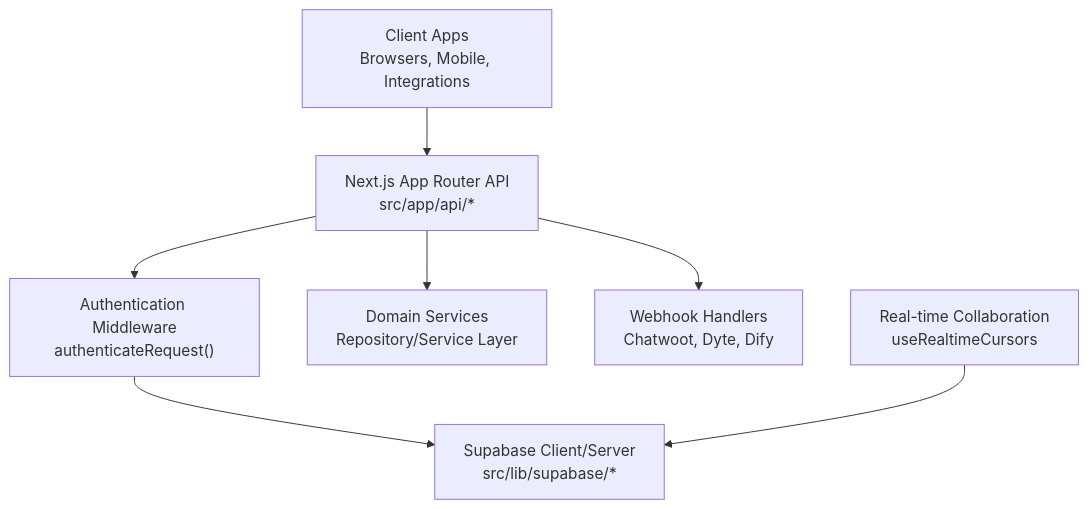
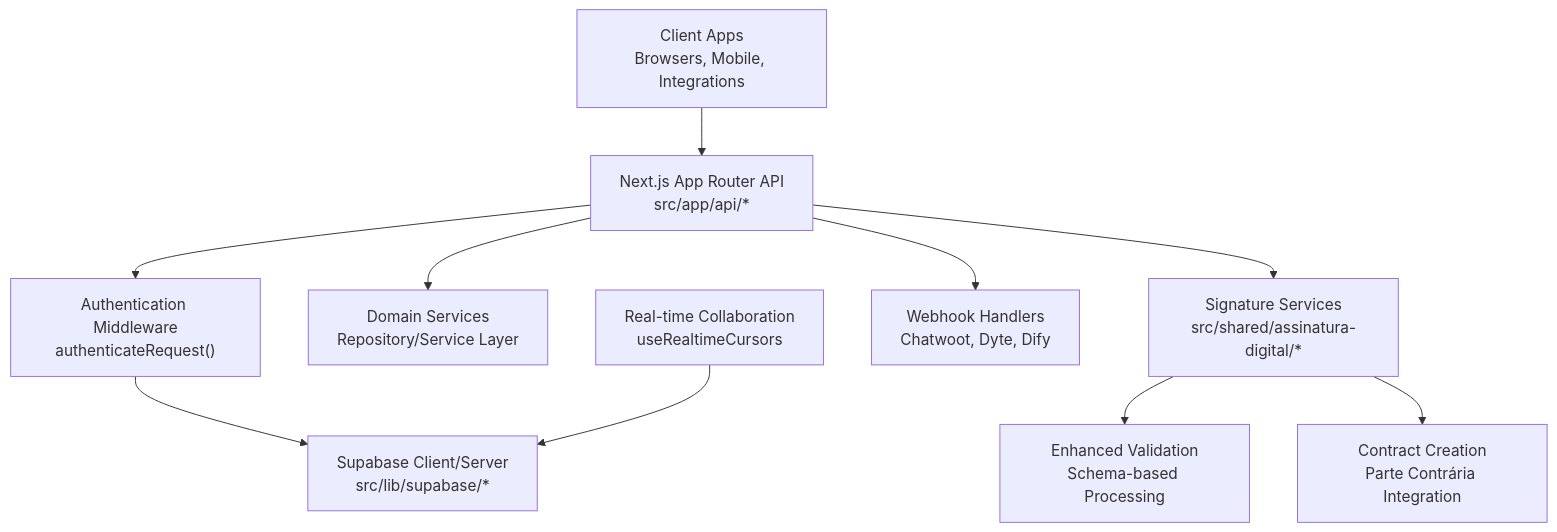
One commit to SinesysTech/zattar-os changed the first of 6 diagrams in .qoder/repowiki/en/content/API Reference/API Reference.md. Above: the diagram before and after it, drawn with Mermaid. The commit also changed other lines of this file and 103 other files, not shown here.

````diff
--- a/.qoder/repowiki/en/content/API Reference/API Reference.md
+++ b/.qoder/repowiki/en/content/API Reference/API Reference.md
@@ -35,9 +54,12 @@
 ```mermaid
 graph TB
 Client["Client Apps<br/>Browsers, Mobile, Integrations"] --> API["Next.js App Router API<br/>src/app/api/*"]
 API --> Auth["Authentication Middleware<br/>authenticateRequest()"]
 Auth --> Supabase["Supabase Client/Server<br/>src/lib/supabase/*"]
 API --> Services["Domain Services<br/>Repository/Service Layer"]
+API --> Signature["Signature Services<br/>src/shared/assinatura-digital/*"]
 API --> Webhooks["Webhook Handlers<br/>Chatwoot, Dyte, Dify"]
 Realtime["Real-time Collaboration<br/>useRealtimeCursors"] --> Supabase
+Signature --> Validation["Enhanced Validation<br/>Schema-based Processing"]
+Signature --> Contracts["Contract Creation<br/>Parte Contrária Integration"]
 ```
````
